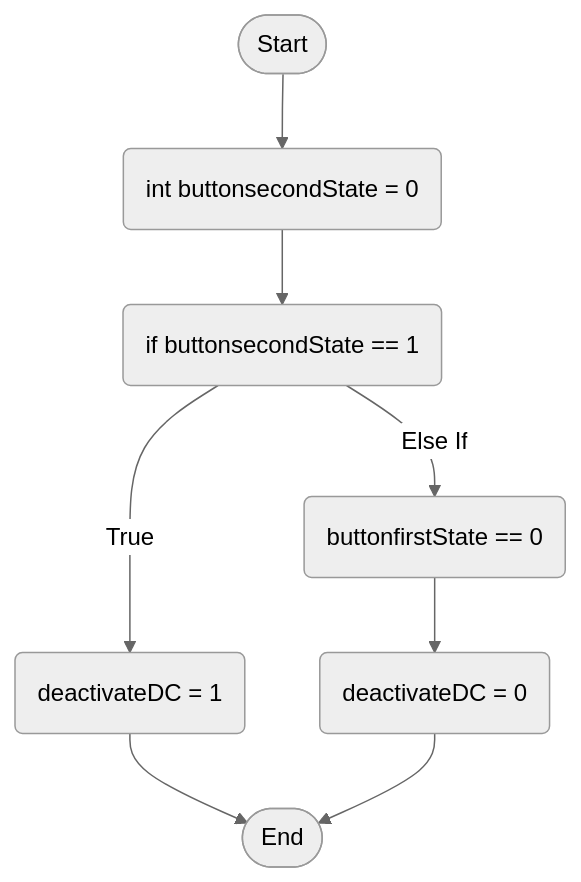
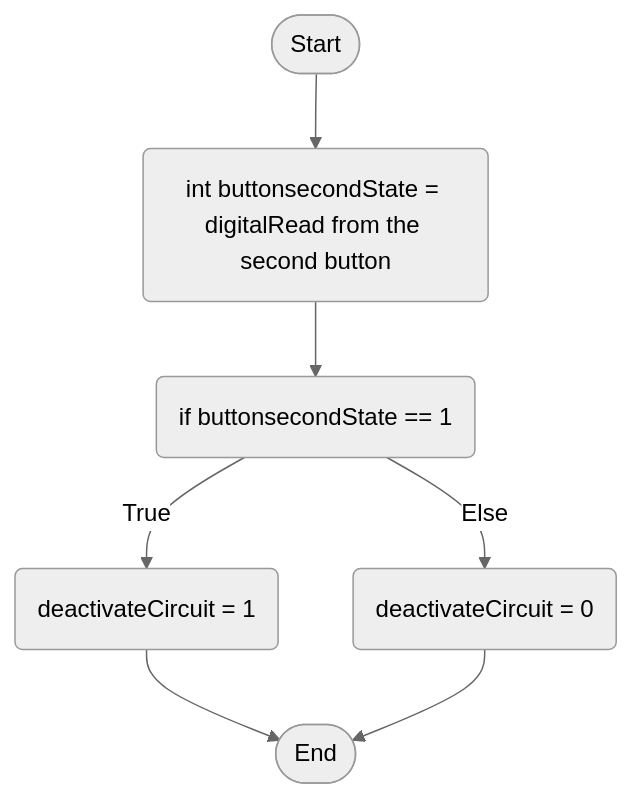
Before and after one commit to 4060269/SmartWorkstationAssessment3: the diagram in Flowcharts/secondButtonLogic.md, drawn with Mermaid (neutral theme).

````diff
--- a/Flowcharts/secondButtonLogic.md
+++ b/Flowcharts/secondButtonLogic.md
@@ -3,18 +3,16 @@
 ```mermaid
 flowchart TD
 terminalStart([Start])
 terminalEnd([End])
-setbuttonValue(int buttonsecondState = 0)
+setbuttonValue(int buttonsecondState = digitalRead from the second button)
 activateButton0(if buttonsecondState == 1)
-activateButton1(deactivateDC = 1)
-activateButton2(buttonfirstState == 0)
-activateButton3(deactivateDC = 0)
+activateButton1(deactivateCircuit = 1)
+activateButton2(deactivateCircuit = 0)
    
 terminalStart --> setbuttonValue
 setbuttonValue --> activateButton0
 activateButton0 --> |True| activateButton1
-activateButton0 --> |Else If| activateButton2
+activateButton0 --> |Else| activateButton2
 activateButton1 --> terminalEnd
-activateButton2 --> activateButton3
-activateButton3 --> terminalEnd
+activateButton2 --> terminalEnd
 ```
````
